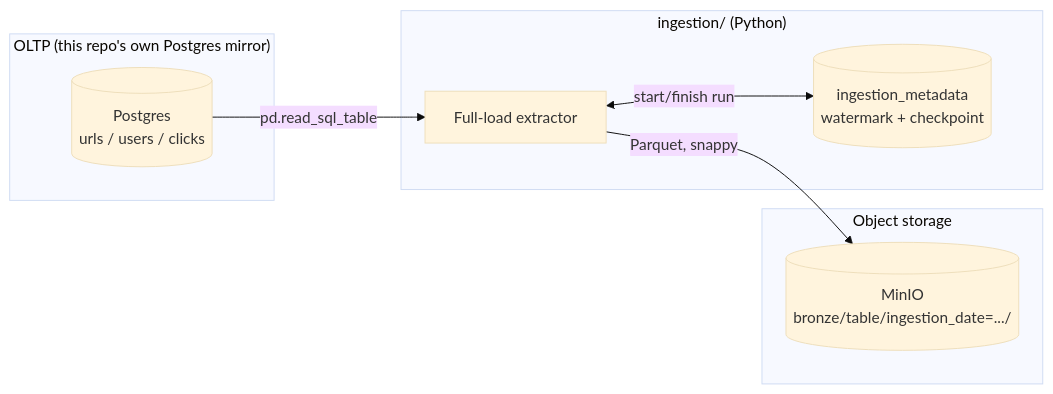
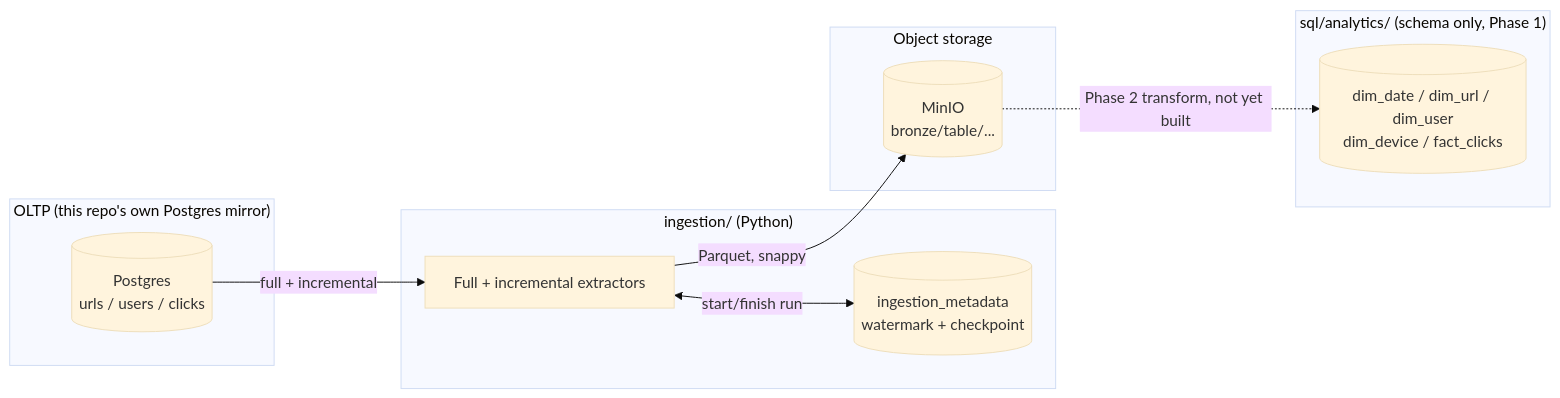
Before and after one commit to dhananjayagurav/url-shortener-analytics-platform: the diagram in README.md, drawn with Mermaid (base theme). The commit also changed other lines of this file and 21 other files, not shown here.

````diff
--- a/README.md
+++ b/README.md
@@ -14,17 +14,21 @@
 ```mermaid
 flowchart LR
     subgraph OLTP["OLTP (this repo's own Postgres mirror)"]
         PG[(Postgres<br/>urls / users / clicks)]
     end
     subgraph Ingestion["ingestion/ (Python)"]
-        EX[Full-load extractor]
+        EX[Full + incremental extractors]
         MD[(ingestion_metadata<br/>watermark + checkpoint)]
     end
     subgraph Storage["Object storage"]
-        MI[(MinIO<br/>bronze/table/ingestion_date=.../)]
+        MI[(MinIO<br/>bronze/table/...)]
+    end
+    subgraph Analytical["sql/analytics/ (schema only, Phase 1)"]
+        DM[(dim_date / dim_url / dim_user<br/>dim_device / fact_clicks)]
     end
 
-    PG -->|pd.read_sql_table| EX
+    PG -->|full + incremental| EX
     EX -->|Parquet, snappy| MI
     EX <-->|start/finish run| MD
+    MI -.->|Phase 2 transform, not yet built| DM
 ```
````
